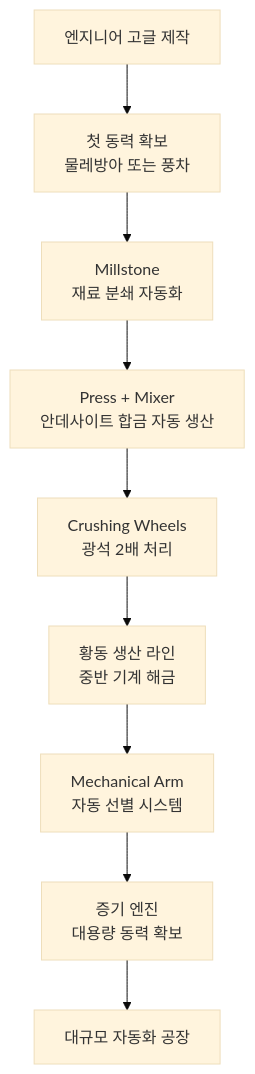
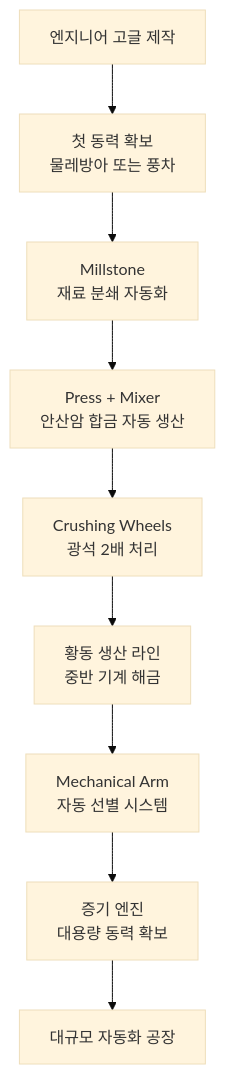
Before and after one commit to impressionistfisherman/LYGR_Doc: the diagram in docs/create/01-overview.md, drawn with Mermaid (base theme). The commit also changed other lines of this file, not shown here.

Commit message:
안데사이트 >>> 안산암 수정

````diff
--- a/docs/create/01-overview.md
+++ b/docs/create/01-overview.md
@@ -90,11 +90,11 @@
 ```mermaid
 flowchart TD
   A[엔지니어 고글 제작] --> B[첫 동력 확보<br/>물레방아 또는 풍차]
   B --> C[Millstone<br/>재료 분쇄 자동화]
-  C --> D[Press + Mixer<br/>안데사이트 합금 자동 생산]
+  C --> D[Press + Mixer<br/>안산암 합금 자동 생산]
   D --> E[Crushing Wheels<br/>광석 2배 처리]
   E --> F[황동 생산 라인<br/>중반 기계 해금]
   F --> G[Mechanical Arm<br/>자동 선별 시스템]
   G --> H[증기 엔진<br/>대용량 동력 확보]
   H --> I[대규모 자동화 공장]
 ```
````
